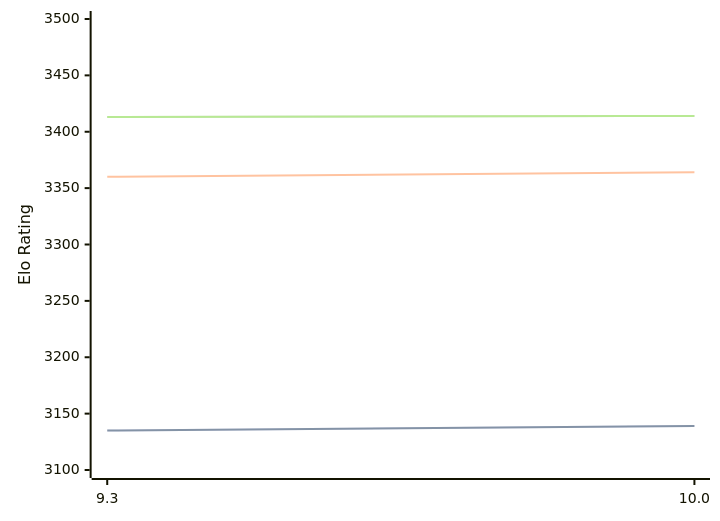
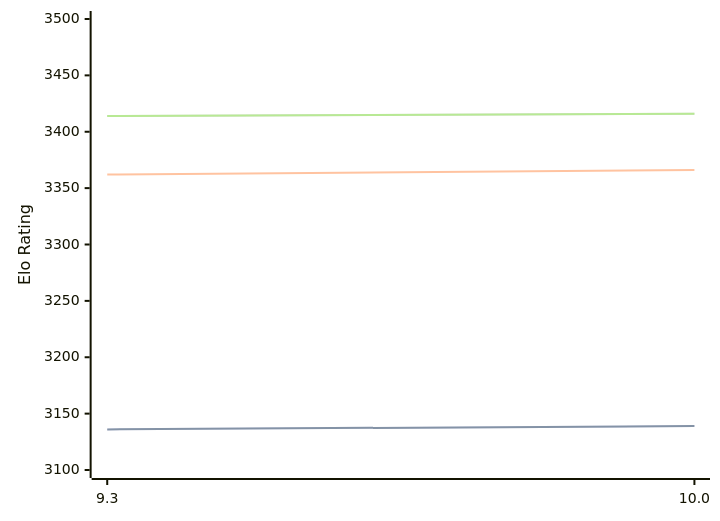
One commit to computer-chess-index/cci changed the third of 3 diagrams in engines/Fire.md. Above: the diagram before and after it, drawn with Mermaid. The commit also changed other lines of this file, not shown here.

Commit message:
Update CCI Ratings (ELO VLTC) - 2026-07-02

````diff
--- a/engines/Fire.md
+++ b/engines/Fire.md
@@ -80,11 +80,11 @@
 ```mermaid
 %%{init: {"theme":"base","themeVariables":{"seriesColors:['#a3a3a3','#222221','#faa371']}}}%%
 xychart-beta
   x-axis ["9.3", "10.0"]
   y-axis "Elo Rating" 3100 --> 3500
-  line "STC (8.0+0.08s)" [3135, 3139]
-  line "STC (8.0+0.08s)" [3135, 3139]
-  line "LTC (60.0+0.60s)" [3360, 3364]
-  line "VLTC (2m24s+1.12s)" [3413, 3414]
-  line "VLTC (2m24s+1.12s)" [3413, 3414]
+  line "STC (8.0+0.08s)" [3136, 3139]
+  line "STC (8.0+0.08s)" [3136, 3139]
+  line "LTC (60.0+0.60s)" [3362, 3366]
+  line "VLTC (2m24s+1.12s)" [3414, 3416]
+  line "VLTC (2m24s+1.12s)" [3414, 3416]
 ```
````
